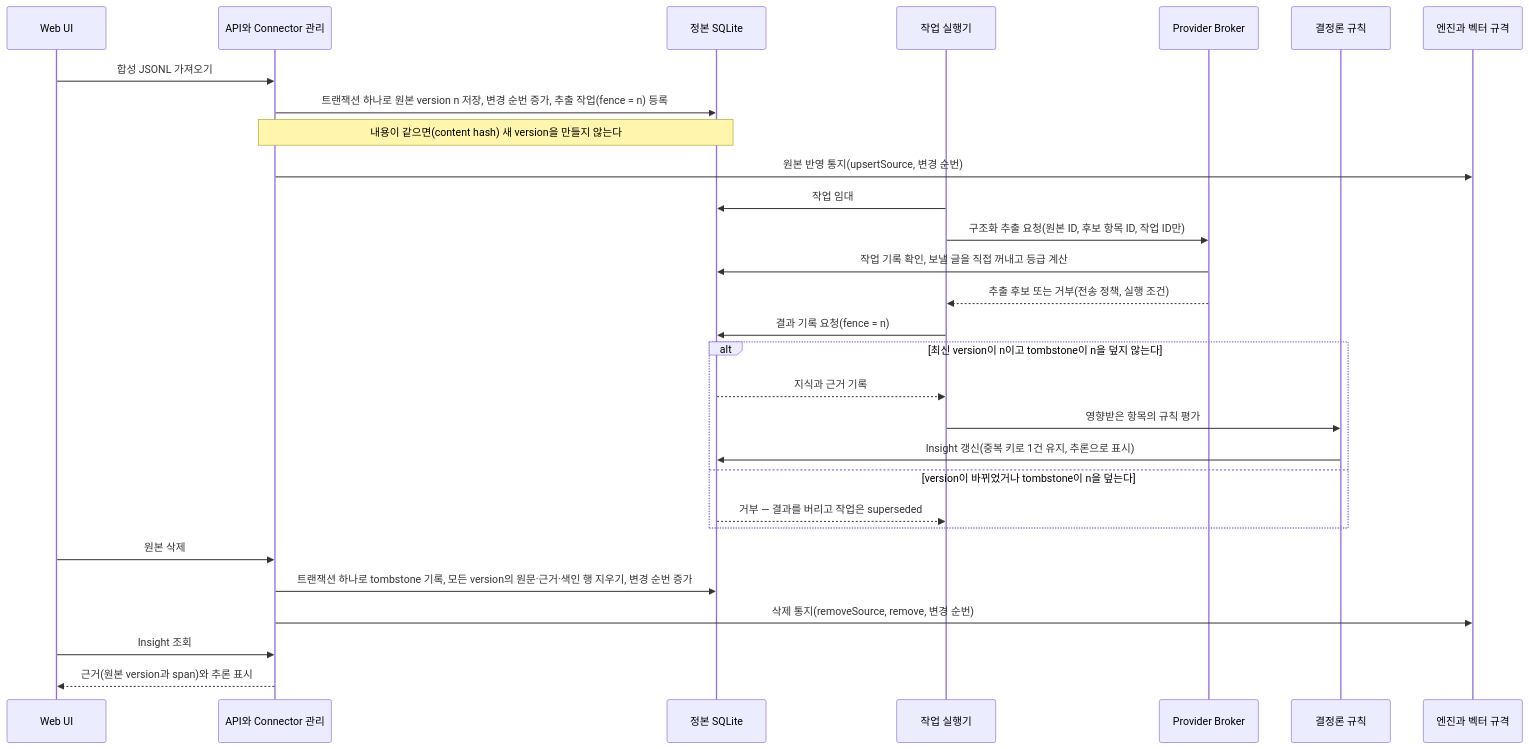
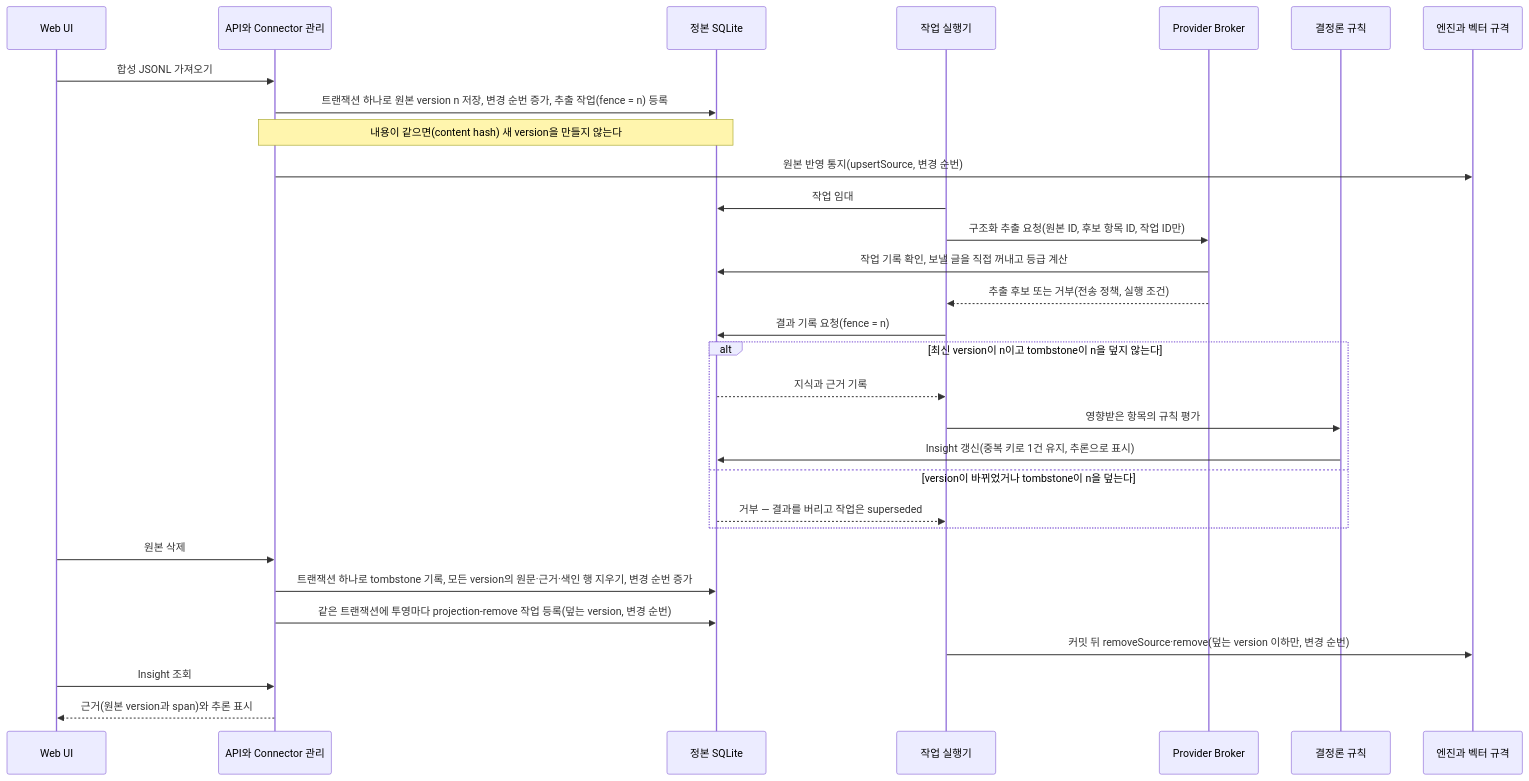
Before and after one commit to nohdol97/PKI: the second of 2 diagrams in docs/ARCHITECTURE.md, drawn with Mermaid. The commit also changed other lines of this file and 11 other files, not shown here.

````diff
--- a/docs/ARCHITECTURE.md
+++ b/docs/ARCHITECTURE.md
@@ -449,31 +449,32 @@
 ```mermaid
 sequenceDiagram
   participant UI as Web UI
   participant API as API와 Connector 관리
   participant DB as 정본 SQLite
   participant W as 작업 실행기
   participant B as Provider Broker
   participant R as 결정론 규칙
   participant P as 엔진과 벡터 규격
   UI->>API: 합성 JSONL 가져오기
   API->>DB: 트랜잭션 하나로 원본 version n 저장, 변경 순번 증가, 추출 작업(fence = n) 등록
   Note over API,DB: 내용이 같으면(content hash) 새 version을 만들지 않는다
   API->>P: 원본 반영 통지(upsertSource, 변경 순번)
   W->>DB: 작업 임대
   W->>B: 구조화 추출 요청(원본 ID, 후보 항목 ID, 작업 ID만)
   B->>DB: 작업 기록 확인, 보낼 글을 직접 꺼내고 등급 계산
   B-->>W: 추출 후보 또는 거부(전송 정책, 실행 조건)
   W->>DB: 결과 기록 요청(fence = n)
   alt 최신 version이 n이고 tombstone이 n을 덮지 않는다
     DB-->>W: 지식과 근거 기록
     W->>R: 영향받은 항목의 규칙 평가
     R->>DB: Insight 갱신(중복 키로 1건 유지, 추론으로 표시)
   else version이 바뀌었거나 tombstone이 n을 덮는다
     DB-->>W: 거부 — 결과를 버리고 작업은 superseded
   end
   UI->>API: 원본 삭제
   API->>DB: 트랜잭션 하나로 tombstone 기록, 모든 version의 원문·근거·색인 행 지우기, 변경 순번 증가
-  API->>P: 삭제 통지(removeSource, remove, 변경 순번)
+  API->>DB: 같은 트랜잭션에 투영마다 projection-remove 작업 등록(덮는 version, 변경 순번)
+  W->>P: 커밋 뒤 removeSource·remove(덮는 version 이하만, 변경 순번)
   UI->>API: Insight 조회
   API-->>UI: 근거(원본 version과 span)와 추론 표시
 ```
````
